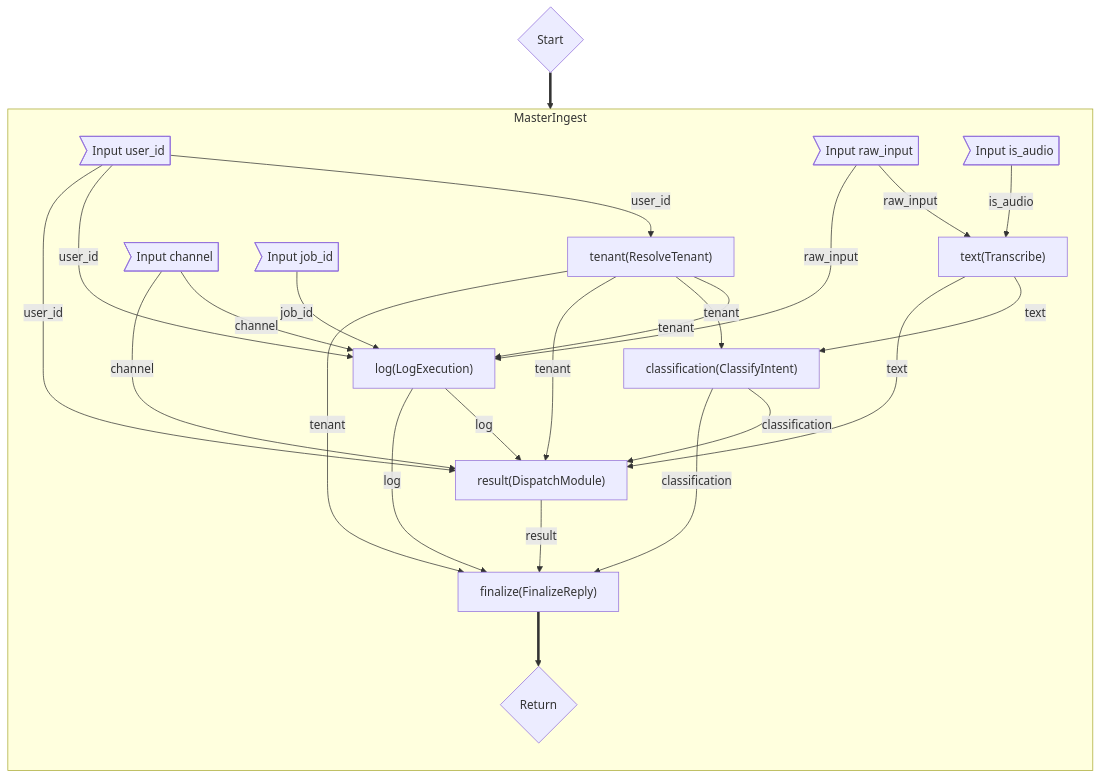
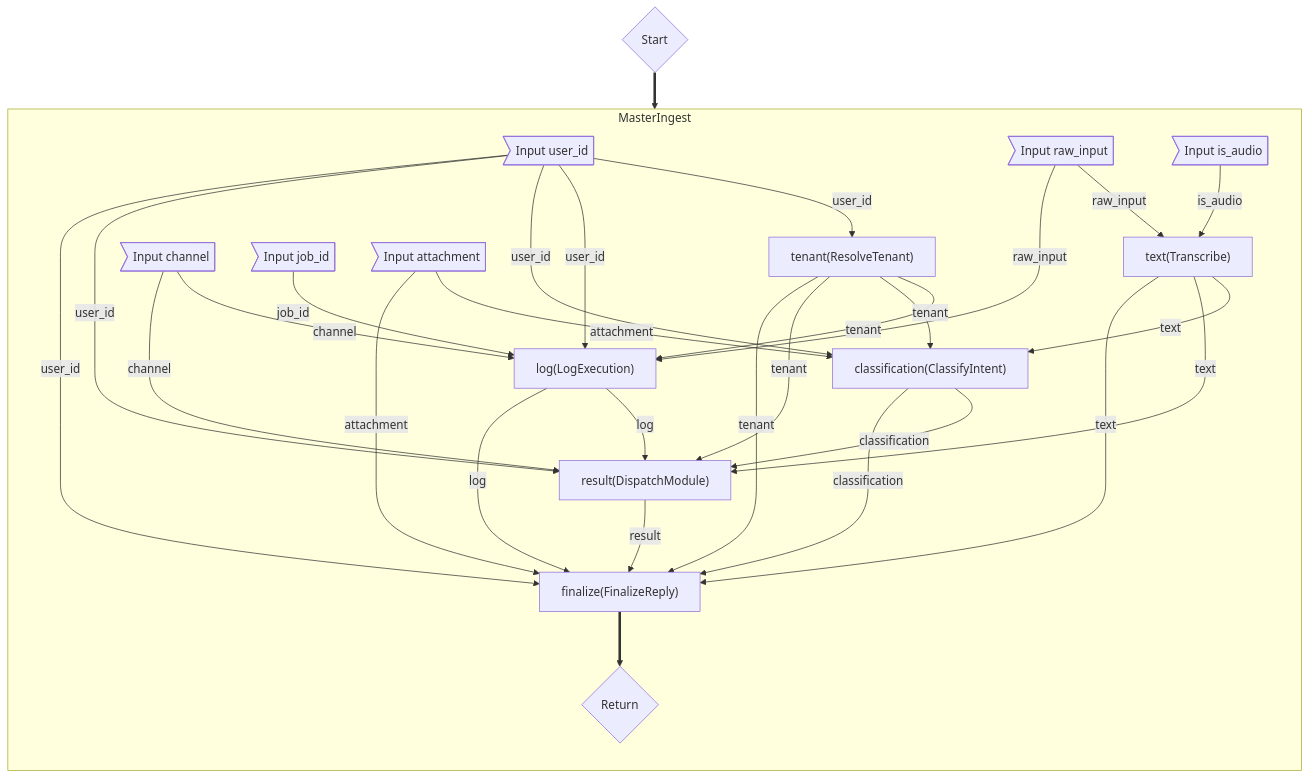
One commit to ndrean/reactor-crm_ex changed the fifth of 10 diagrams in README.md. Above: the diagram before and after it, drawn with Mermaid. The commit also changed other lines of this file, not shown here.

````diff
--- a/README.md
+++ b/README.md
@@ -83,41 +87,47 @@
 ```mermaid
 flowchart TB
     start{"Start"}
     start==>reactor_MasterIngest
     subgraph reactor_MasterIngest["MasterIngest"]
         direction TB
         input_user_id>"Input user_id"]
         input_raw_input>"Input raw_input"]
         input_is_audio>"Input is_audio"]
         input_channel>"Input channel"]
         input_job_id>"Input job_id"]
+        input_attachment>"Input attachment"]
         input_user_id -->|user_id|step_tenant
         step_tenant["tenant(ResolveTenant)"]
         input_raw_input -->|raw_input|step_text
         input_is_audio -->|is_audio|step_text
         step_text["text(Transcribe)"]
         step_tenant -->|tenant|step_log
         input_raw_input -->|raw_input|step_log
         input_channel -->|channel|step_log
         input_user_id -->|user_id|step_log
         input_job_id -->|job_id|step_log
         step_log["log(LogExecution)"]
         step_text -->|text|step_classify
+        input_attachment -->|attachment|step_classify
         step_tenant -->|tenant|step_classify
+        input_user_id -->|user_id|step_classify
         step_classify["classification(ClassifyIntent)"]
         step_classify -->|classification|step_result
         step_tenant -->|tenant|step_result
         input_channel -->|channel|step_result
         input_user_id -->|user_id|step_result
         step_log -->|log|step_result
         step_text -->|text|step_result
         step_result["result(DispatchModule)"]
         step_result -->|result|step_finalize
         step_log -->|log|step_finalize
         step_tenant -->|tenant|step_finalize
         step_classify -->|classification|step_finalize
+        input_attachment -->|attachment|step_finalize
+        input_user_id -->|user_id|step_finalize
+        step_text -->|text|step_finalize
         step_finalize["finalize(FinalizeReply)"]
         return_MasterIngest{"Return"}
         step_finalize==>return_MasterIngest
     end
 ```
````
